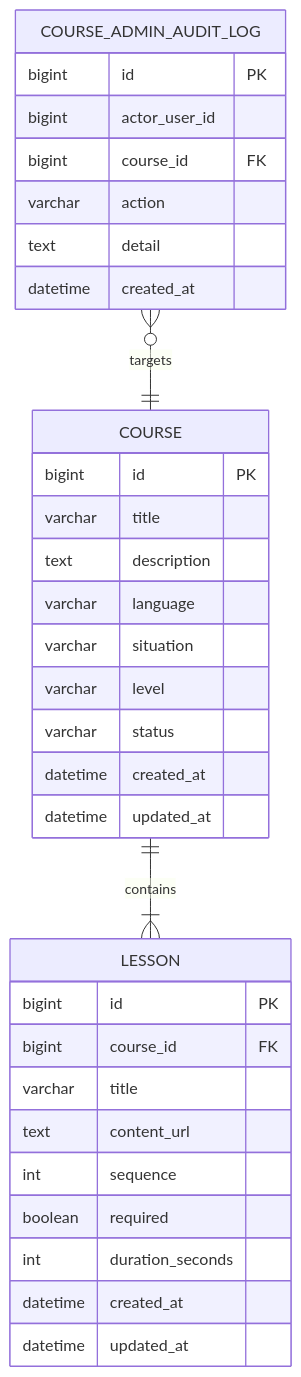
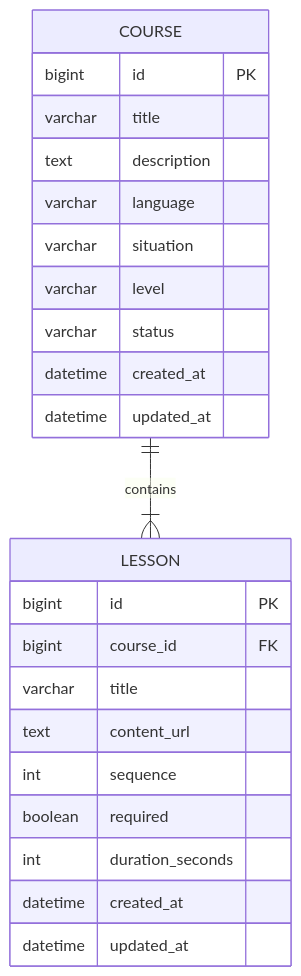
Before and after one commit to skala-msa-team/linguaroute-msa: the fourth of 7 diagrams in docs/erd.md, drawn with Mermaid. The commit also changed other lines of this file and 6 other files, not shown here.

````diff
--- a/docs/erd.md
+++ b/docs/erd.md
@@ -139,38 +190,29 @@
 ```mermaid
 erDiagram
     COURSE ||--|{ LESSON : contains
-    COURSE_ADMIN_AUDIT_LOG }o--|| COURSE : targets
 
     COURSE {
         bigint id PK
         varchar title
         text description
         varchar language
         varchar situation
         varchar level
         varchar status
         datetime created_at
         datetime updated_at
     }
 
     LESSON {
         bigint id PK
         bigint course_id FK
         varchar title
         text content_url
         int sequence
         boolean required
         int duration_seconds
         datetime created_at
         datetime updated_at
     }
 
-    COURSE_ADMIN_AUDIT_LOG {
-        bigint id PK
-        bigint actor_user_id
-        bigint course_id FK
-        varchar action
-        text detail
-        datetime created_at
-    }
 ```
````
